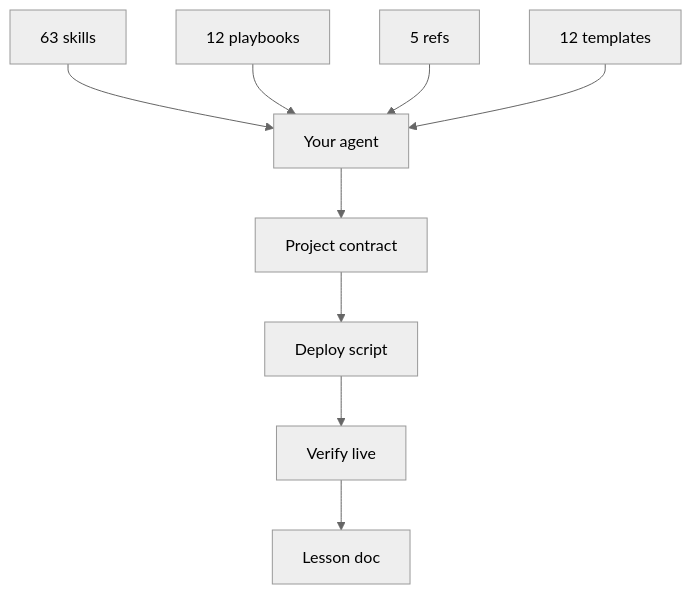
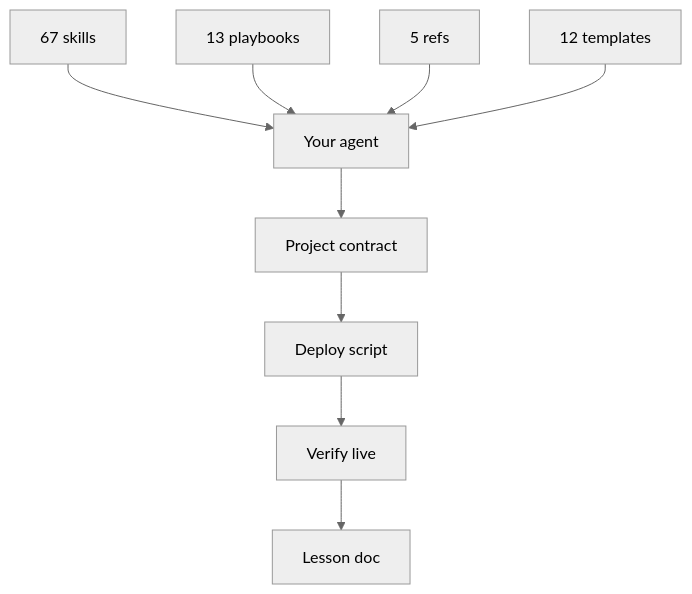
Before and after one commit to Nonarkara/dr-non-vibecoding-skills: the diagram in README.md, drawn with Mermaid (neutral theme). The commit also changed other lines of this file and 16 other files, not shown here.

````diff
--- a/README.md
+++ b/README.md
@@ -261,11 +263,11 @@
 ```mermaid
 flowchart TB
-  S["63 skills"] --> A["Your agent"]
-  P["12 playbooks"] --> A
+  S["67 skills"] --> A["Your agent"]
+  P["13 playbooks"] --> A
   R["5 refs"] --> A
   T["12 templates"] --> A
   A --> W["Project contract"]
   W --> D["Deploy script"]
   D --> V["Verify live"]
   V --> L["Lesson doc"]
 ```
````
